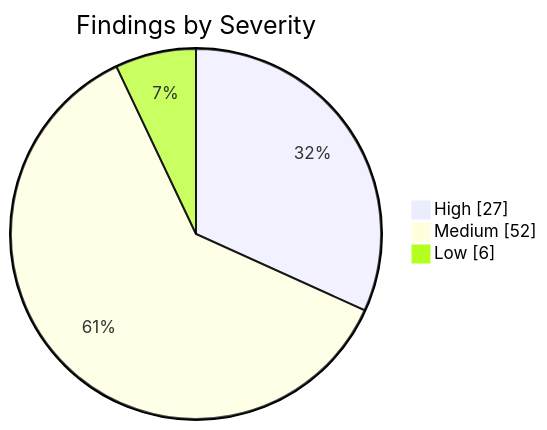
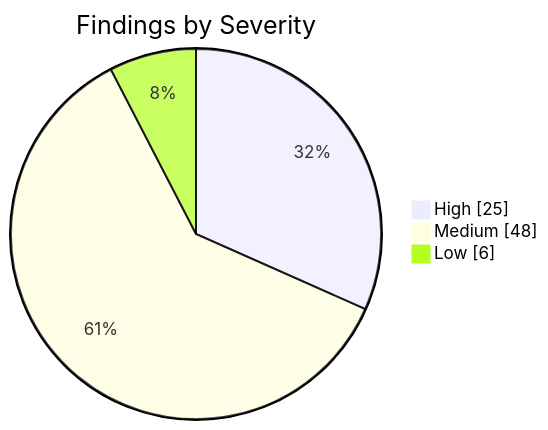
Before and after one commit to KBVE/kbve: the first of 2 diagrams in apps/kbve/astro-kbve/src/content/docs/dashboard/security.mdx, drawn with Mermaid. The commit also changed other lines of this file and 8 other files, not shown here.

````diff
--- a/apps/kbve/astro-kbve/src/content/docs/dashboard/security.mdx
+++ b/apps/kbve/astro-kbve/src/content/docs/dashboard/security.mdx
@@ -62,7 +62,7 @@
 ```mermaid
 pie showData
     title Findings by Severity
-    "High" : 27
-    "Medium" : 52
+    "High" : 25
+    "Medium" : 48
     "Low" : 6
 ```
````
